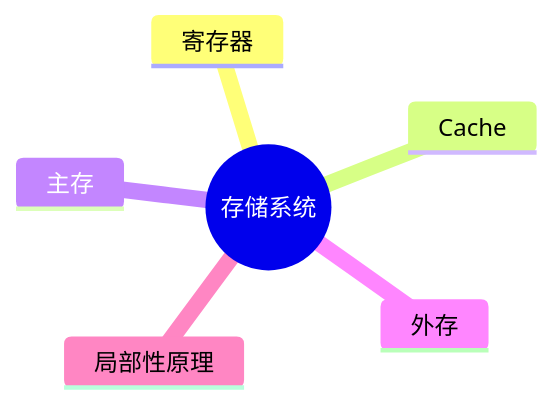
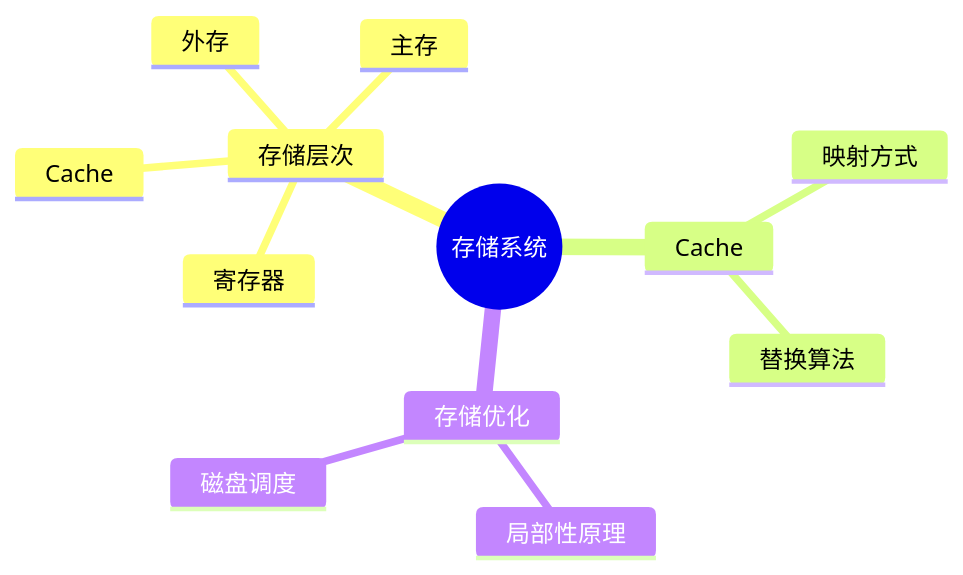
The first of 3 diagrams in docs/ruankao/system-architect/chapters/06-storage-system.md (skylonely/sgao-website), drawn with Mermaid before and after one commit. The commit also changed 39 other files, not shown here.

Commit message:
fix: Mermaid 思维导图

````diff
--- a/docs/ruankao/system-architect/chapters/06-storage-system.md
+++ b/docs/ruankao/system-architect/chapters/06-storage-system.md
@@ -40,9 +40,15 @@
 ```mermaid
 mindmap
   root((存储系统))
-    寄存器
+    存储层次
+      寄存器
+      Cache
+      主存
+      外存
     Cache
-    主存
-    外存
-    局部性原理
+      映射方式
+      替换算法
+    存储优化
+      局部性原理
+      磁盘调度
 ```
````
